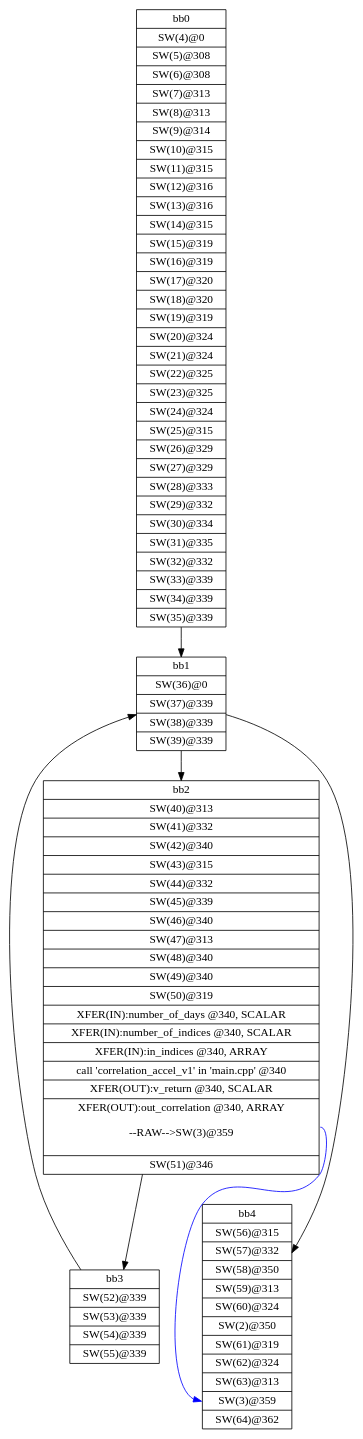
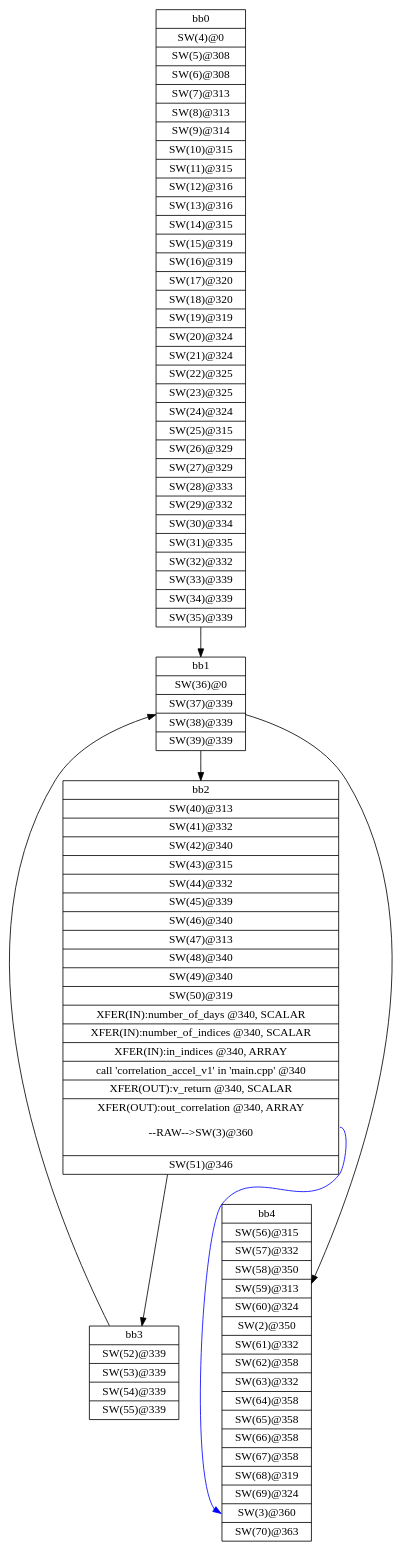
One commit to nguyencanhtrung/SDSoC changed the diagram in workspace/correlation_ver1/correlation_ver1_linux/SDRelease/_sds/.llvm/_p0_cdfg_dc1_main.dot. Above: the diagram before and after it, drawn with Graphviz. The commit also changed 26 other files, not shown here.

```diff
--- a/workspace/correlation_ver1/correlation_ver1_linux/SDRelease/_sds/.llvm/_p0_cdfg_dc1_main.dot
+++ b/workspace/correlation_ver1/correlation_ver1_linux/SDRelease/_sds/.llvm/_p0_cdfg_dc1_main.dot
@@ -1,14 +1,14 @@
 digraph CDFG {
 node [shape=record];
-bb0 [shape=record, label = "{bb0|<x0x2c50810>SW(4)@0\n|<x0x2c50430>SW(5)@308\n|<x0x2c50590>SW(6)@308\n|<x0x2c506f0>SW(7)@313\n|<x0x2c0e900>SW(8)@313\n|<x0x2c0ea60>SW(9)@314\n|<x0x2c0ebc0>SW(10)@315\n|<x0x2c0ed20>SW(11)@315\n|<x0x2c0ee80>SW(12)@316\n|<x0x2c0eff0>SW(13)@316\n|<x0x2c0f120>SW(14)@315\n|<x0x2c0f280>SW(15)@319\n|<x0x2c0f3e0>SW(16)@319\n|<x0x2c0f540>SW(17)@320\n|<x0x2c0f6b0>SW(18)@320\n|<x0x2c0f7e0>SW(19)@319\n|<x0x2c0f940>SW(20)@324\n|<x0x2c0faa0>SW(21)@324\n|<x0x2c0fc00>SW(22)@325\n|<x0x2c0fd70>SW(23)@325\n|<x0x2c0fea0>SW(24)@324\n|<x0x2c10000>SW(25)@315\n|<x0x2c10160>SW(26)@329\n|<x0x2c10290>SW(27)@329\n|<x0x2c103e0>SW(28)@333\n|<x0x2c10550>SW(29)@332\n|<x0x2c106c0>SW(30)@334\n|<x0x2c519b0>SW(31)@335\n|<x0x2c53b30>SW(32)@332\n|<x0x2c53ca0>SW(33)@339\n|<x0x2c53de0>SW(34)@339\n|<x0x2c53f40>SW(35)@339\n}"];
-bb1 [shape=record, label = "{bb1|<x0x2c51af0>SW(36)@0\n|<x0x2c51bb0>SW(37)@339\n|<x0x2c51d10>SW(38)@339\n|<x0x2c51e50>SW(39)@339\n}"];
-bb2 [shape=record, label = "{bb2|<x0x2c51a90>SW(40)@313\n|<x0x2c52130>SW(41)@332\n|<x0x2c522a0>SW(42)@340\n|<x0x2c523e0>SW(43)@315\n|<x0x2c52540>SW(44)@332\n|<x0x2c526b0>SW(45)@339\n|<x0x2c52810>SW(46)@340\n|<x0x2c52950>SW(47)@313\n|<x0x2c52ab0>SW(48)@340\n|<x0x2c52be0>SW(49)@340\n|<x0x2c52d20>SW(50)@319\n|<x0x2c54100>XFER(IN):number_of_days @340, SCALAR\n|<x0x2c54180>XFER(IN):number_of_indices @340, SCALAR\n|<x0x2c54200>XFER(IN):in_indices @340, ARRAY\n|<x0x2c0ad60>call 'correlation_accel_v1' in 'main.cpp' @340\n|<x0x2c54300>XFER(OUT):v_return @340, SCALAR\n|<x0x2c54280>XFER(OUT):out_correlation @340, ARRAY\n\n--RAW--\>SW(3)@359\n\n|<x0x2c52e80>SW(51)@346\n}"];
-bb3 [shape=record, label = "{bb3|<x0x2c52f60>SW(52)@339\n|<x0x2c530c0>SW(53)@339\n|<x0x2c53200>SW(54)@339\n|<x0x2c53360>SW(55)@339\n}"];
-bb4 [shape=record, label = "{bb4|<x0x2c51f80>SW(56)@315\n|<x0x2c53690>SW(57)@332\n|<x0x2c53800>SW(58)@350\n|<x0x2c53940>SW(59)@313\n|<x0x2c54020>SW(60)@324\n|<x0x2c0e640>SW(2)@350\n|<x0x2c56190>SW(61)@319\n|<x0x2c562f0>SW(62)@324\n|<x0x2c56450>SW(63)@313\n|<x0x2c0e5e0>SW(3)@359\n|<x0x2c565b0>SW(64)@362\n}"];
+bb0 [shape=record, label = "{bb0|<x0x2233230>SW(4)@0\n|<x0x2232e50>SW(5)@308\n|<x0x2232fb0>SW(6)@308\n|<x0x2233110>SW(7)@313\n|<x0x21f1320>SW(8)@313\n|<x0x21f1480>SW(9)@314\n|<x0x21f15e0>SW(10)@315\n|<x0x21f1740>SW(11)@315\n|<x0x21f18a0>SW(12)@316\n|<x0x21f1a10>SW(13)@316\n|<x0x21f1b40>SW(14)@315\n|<x0x21f1ca0>SW(15)@319\n|<x0x21f1e00>SW(16)@319\n|<x0x21f1f60>SW(17)@320\n|<x0x21f20d0>SW(18)@320\n|<x0x21f2200>SW(19)@319\n|<x0x21f2360>SW(20)@324\n|<x0x21f24c0>SW(21)@324\n|<x0x21f2620>SW(22)@325\n|<x0x21f2790>SW(23)@325\n|<x0x21f28c0>SW(24)@324\n|<x0x21f2a20>SW(25)@315\n|<x0x21f2b80>SW(26)@329\n|<x0x21f2cb0>SW(27)@329\n|<x0x21f2e00>SW(28)@333\n|<x0x21f2f70>SW(29)@332\n|<x0x21f30e0>SW(30)@334\n|<x0x2234550>SW(31)@335\n|<x0x22366d0>SW(32)@332\n|<x0x2236840>SW(33)@339\n|<x0x2236980>SW(34)@339\n|<x0x2236ae0>SW(35)@339\n}"];
+bb1 [shape=record, label = "{bb1|<x0x2234690>SW(36)@0\n|<x0x2234750>SW(37)@339\n|<x0x22348b0>SW(38)@339\n|<x0x22349f0>SW(39)@339\n}"];
+bb2 [shape=record, label = "{bb2|<x0x2234630>SW(40)@313\n|<x0x2234cd0>SW(41)@332\n|<x0x2234e40>SW(42)@340\n|<x0x2234f80>SW(43)@315\n|<x0x22350e0>SW(44)@332\n|<x0x2235250>SW(45)@339\n|<x0x22353b0>SW(46)@340\n|<x0x22354f0>SW(47)@313\n|<x0x2235650>SW(48)@340\n|<x0x2235780>SW(49)@340\n|<x0x22358c0>SW(50)@319\n|<x0x2237400>XFER(IN):number_of_days @340, SCALAR\n|<x0x2237480>XFER(IN):number_of_indices @340, SCALAR\n|<x0x2237500>XFER(IN):in_indices @340, ARRAY\n|<x0x21ed780>call 'correlation_accel_v1' in 'main.cpp' @340\n|<x0x2237600>XFER(OUT):v_return @340, SCALAR\n|<x0x2237580>XFER(OUT):out_correlation @340, ARRAY\n\n--RAW--\>SW(3)@360\n\n|<x0x2235a20>SW(51)@346\n}"];
+bb3 [shape=record, label = "{bb3|<x0x2235b00>SW(52)@339\n|<x0x2235c60>SW(53)@339\n|<x0x2235da0>SW(54)@339\n|<x0x2235f00>SW(55)@339\n}"];
+bb4 [shape=record, label = "{bb4|<x0x2234b20>SW(56)@315\n|<x0x2236230>SW(57)@332\n|<x0x22363a0>SW(58)@350\n|<x0x22364e0>SW(59)@313\n|<x0x2236bc0>SW(60)@324\n|<x0x21f1060>SW(2)@350\n|<x0x2238d30>SW(61)@332\n|<x0x2238ea0>SW(62)@358\n|<x0x2238fe0>SW(63)@332\n|<x0x2239150>SW(64)@358\n|<x0x2236ca0>SW(65)@358\n|<x0x2236dd0>SW(66)@358\n|<x0x2236f00>SW(67)@358\n|<x0x2237060>SW(68)@319\n|<x0x22371c0>SW(69)@324\n|<x0x21f1000>SW(3)@360\n|<x0x2237320>SW(70)@363\n}"];
 bb0 -> bb1
 bb1 -> bb2
 bb1 -> bb4
 bb2 -> bb3
 bb3 -> bb1
-bb2:x0x2c54280 -> bb4:x0x2c0e5e0[color=blue]
+bb2:x0x2237580 -> bb4:x0x21f1000[color=blue]
 }
```
